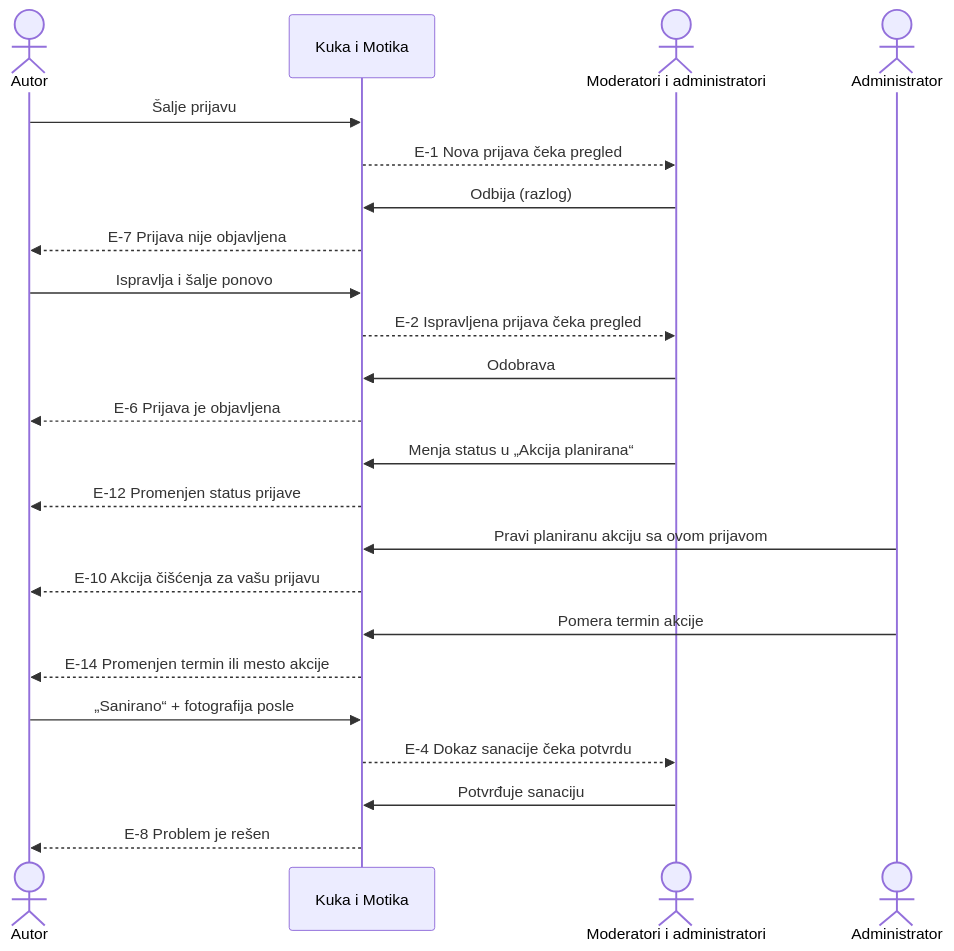
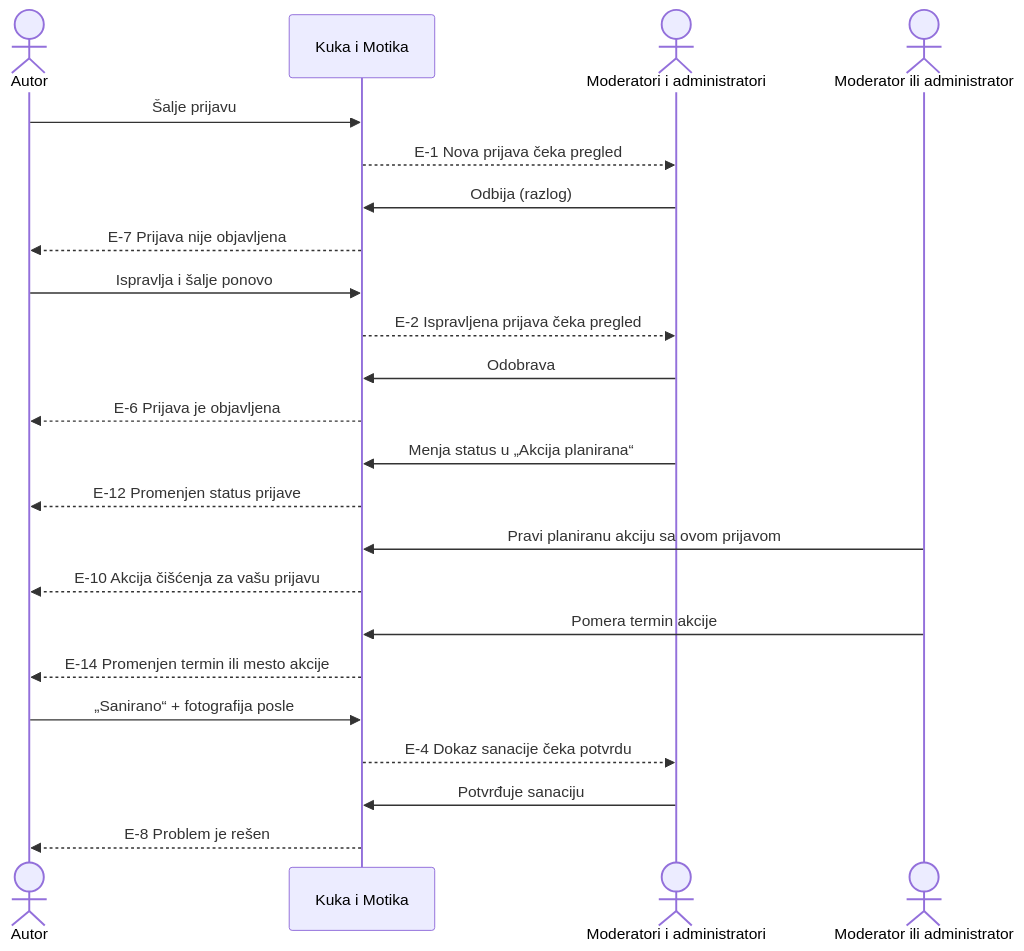
Before and after one commit to ocistimo-novi-sad/ocistimo-novi-sad.github.io: the third of 3 diagrams in docs/use-cases.md, drawn with Mermaid. The commit also changed other lines of this file and 2 other files, not shown here.

````diff
--- a/docs/use-cases.md
+++ b/docs/use-cases.md
@@ -555,26 +557,26 @@
 ```mermaid
 sequenceDiagram
     actor A as Autor
     participant App as Kuka i Motika
     actor M as Moderatori i administratori
-    actor Adm as Administrator
+    actor Adm as Moderator ili administrator
 
     A->>App: Šalje prijavu
     App-->>M: E-1 Nova prijava čeka pregled
     M->>App: Odbija (razlog)
     App-->>A: E-7 Prijava nije objavljena
     A->>App: Ispravlja i šalje ponovo
     App-->>M: E-2 Ispravljena prijava čeka pregled
     M->>App: Odobrava
     App-->>A: E-6 Prijava je objavljena
     M->>App: Menja status u „Akcija planirana“
     App-->>A: E-12 Promenjen status prijave
     Adm->>App: Pravi planiranu akciju sa ovom prijavom
     App-->>A: E-10 Akcija čišćenja za vašu prijavu
     Adm->>App: Pomera termin akcije
     App-->>A: E-14 Promenjen termin ili mesto akcije
     A->>App: „Sanirano“ + fotografija posle
     App-->>M: E-4 Dokaz sanacije čeka potvrdu
     M->>App: Potvrđuje sanaciju
     App-->>A: E-8 Problem je rešen
 ```
````
